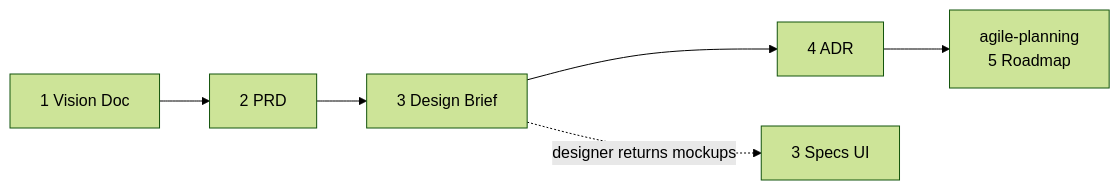
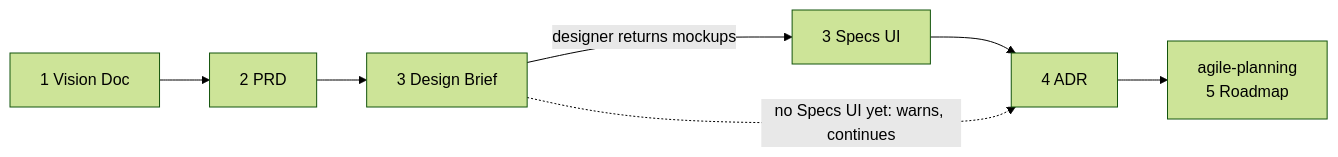
One commit to cedricfarinazzo/agile-skills changed the diagram in agile-product/README.md. Above: the diagram before and after it, drawn with Mermaid (forest theme). The commit also changed other lines of this file and 21 other files, not shown here.

````diff
--- a/agile-product/README.md
+++ b/agile-product/README.md
@@ -16,6 +16,7 @@
 ```mermaid
 flowchart LR
-  v["1 Vision Doc"] --> p["2 PRD"] --> b["3 Design Brief"] --> a["4 ADR"]
-  b -. "designer returns mockups" .-> s["3 Specs UI"]
+  v["1 Vision Doc"] --> p["2 PRD"] --> b["3 Design Brief"]
+  b -- "designer returns mockups" --> s["3 Specs UI"] --> a["4 ADR"]
+  b -. "no Specs UI yet: warns, continues" .-> a
   a --> next["agile-planning<br/>5 Roadmap"]
 ```
````
